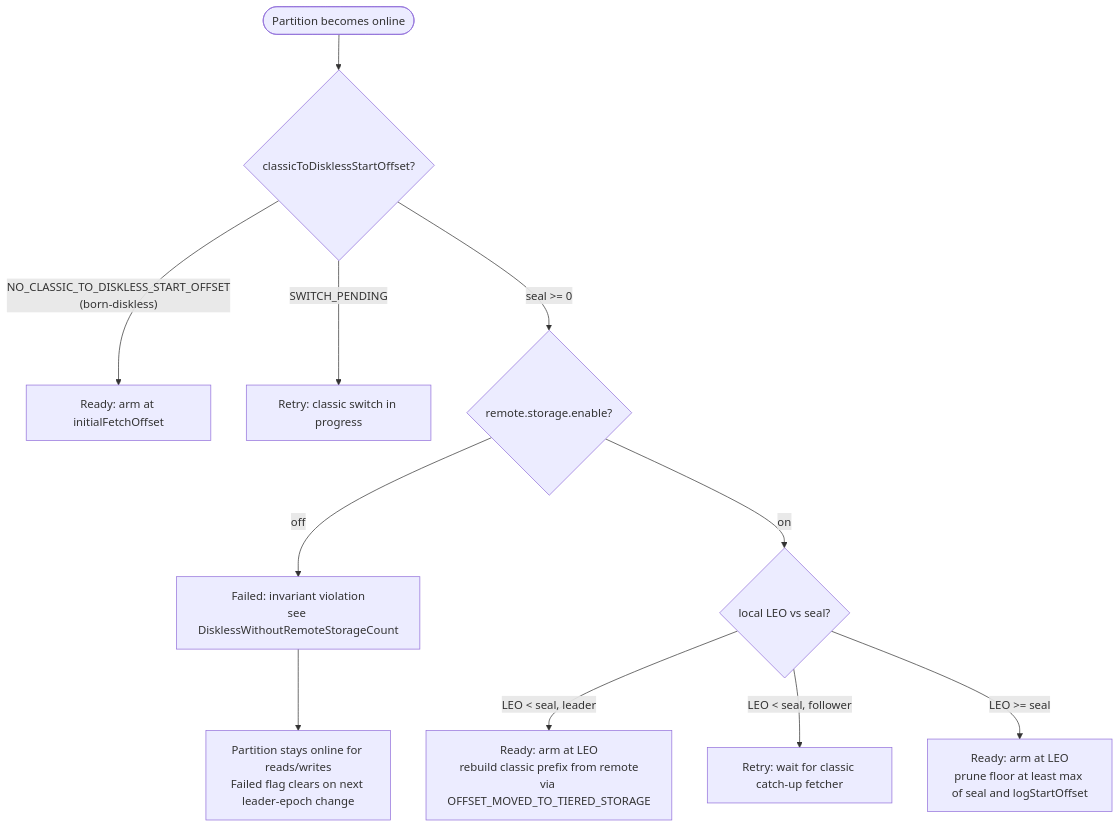
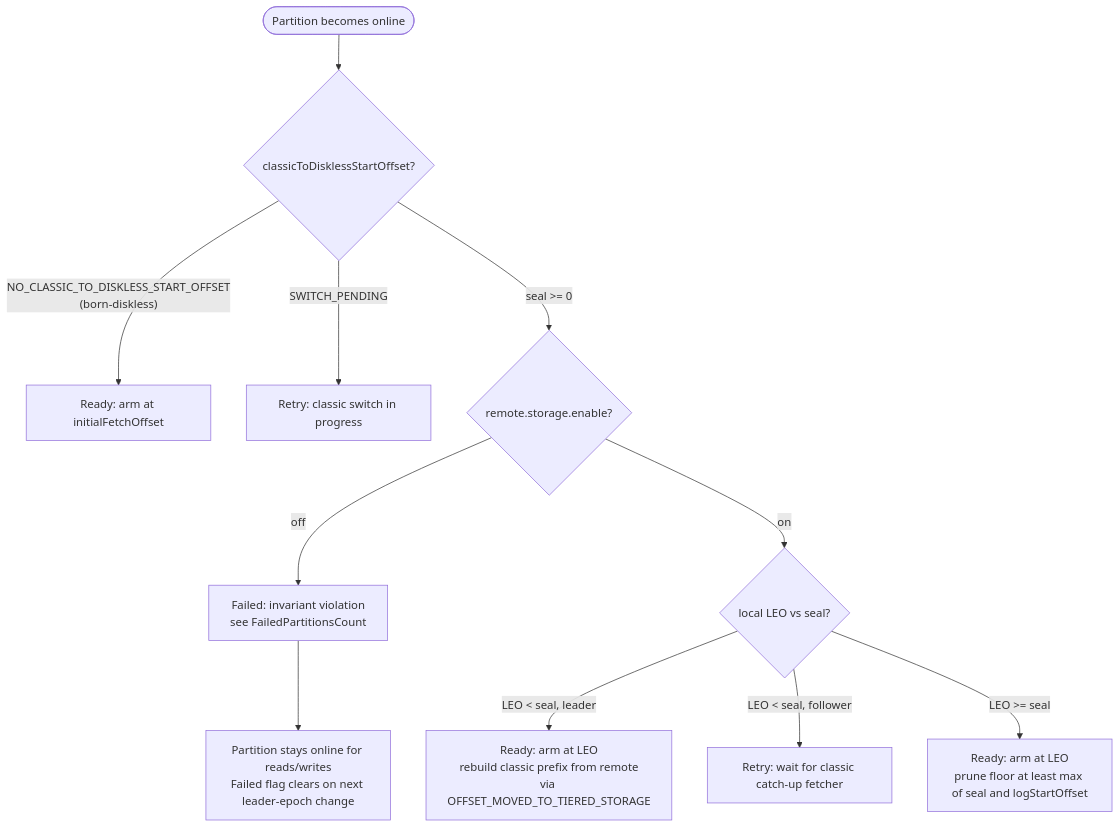
The second of 2 diagrams in docs/inkless/DISKLESS_CONSOLIDATION.md (aiven/inkless), drawn with Mermaid before and after one commit. The commit also changed other lines of this file and 6 other files, not shown here.

First line of the commit message:
fix(inkless:controller): count diskless topics with remote storage effectively off [KC-540] (#805)

````diff
--- a/docs/inkless/DISKLESS_CONSOLIDATION.md
+++ b/docs/inkless/DISKLESS_CONSOLIDATION.md
@@ -237,13 +237,13 @@
 ```mermaid
 flowchart TD
     start([Partition becomes online]) --> seal{classicToDisklessStartOffset?}
     seal -- "NO_CLASSIC_TO_DISKLESS_START_OFFSET\n(born-diskless)" --> ready[Ready: arm at initialFetchOffset]
     seal -- "SWITCH_PENDING" --> retry[Retry: classic switch in progress]
     seal -- "seal >= 0" --> remote{remote.storage.enable?}
-    remote -- "off" --> failed[Failed: invariant violation\nsee DisklessWithoutRemoteStorageCount]
+    remote -- "off" --> failed[Failed: invariant violation\nsee FailedPartitionsCount]
     remote -- "on" --> leo{local LEO vs seal?}
     leo -- "LEO < seal, leader" --> rebuild[Ready: arm at LEO\nrebuild classic prefix from remote\nvia OFFSET_MOVED_TO_TIERED_STORAGE]
     leo -- "LEO < seal, follower" --> retry2[Retry: wait for classic catch-up fetcher]
     leo -- "LEO >= seal" --> resume[Ready: arm at LEO\nprune floor at least max of seal and logStartOffset]
     failed --> fenced[Partition stays online for reads/writes\nFailed flag clears on next leader-epoch change]
 ```
````
